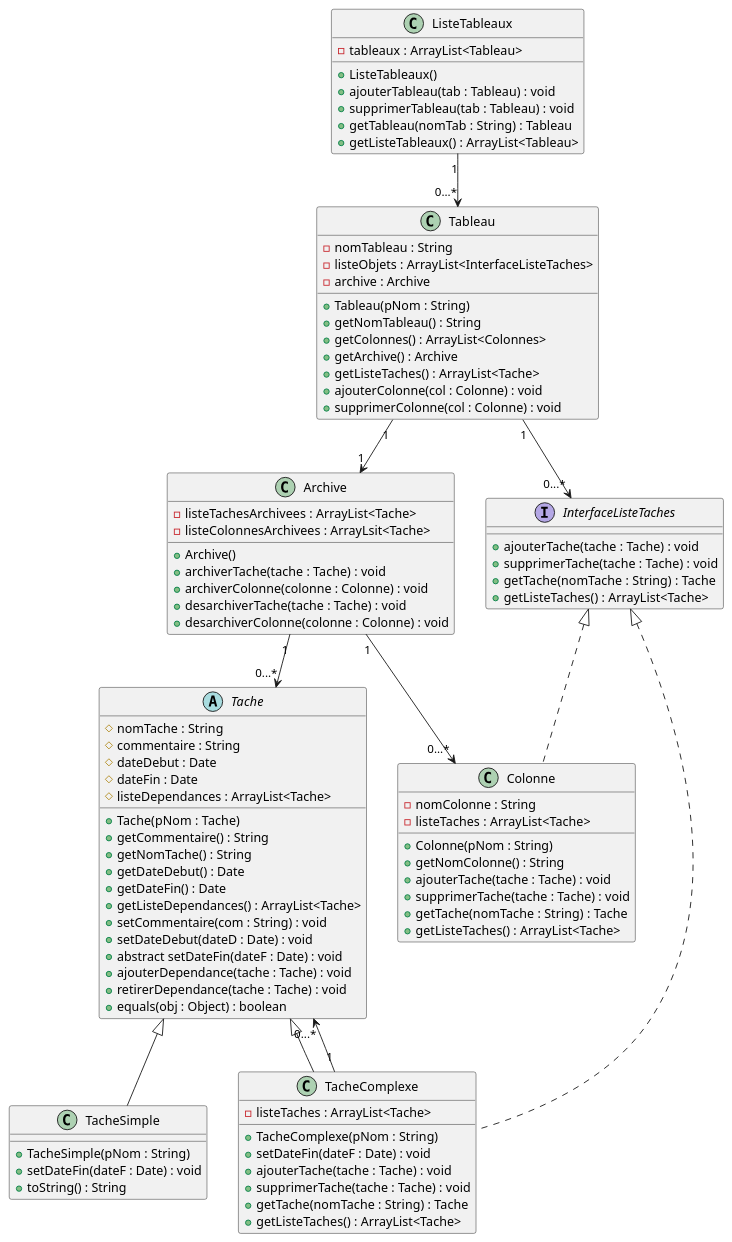
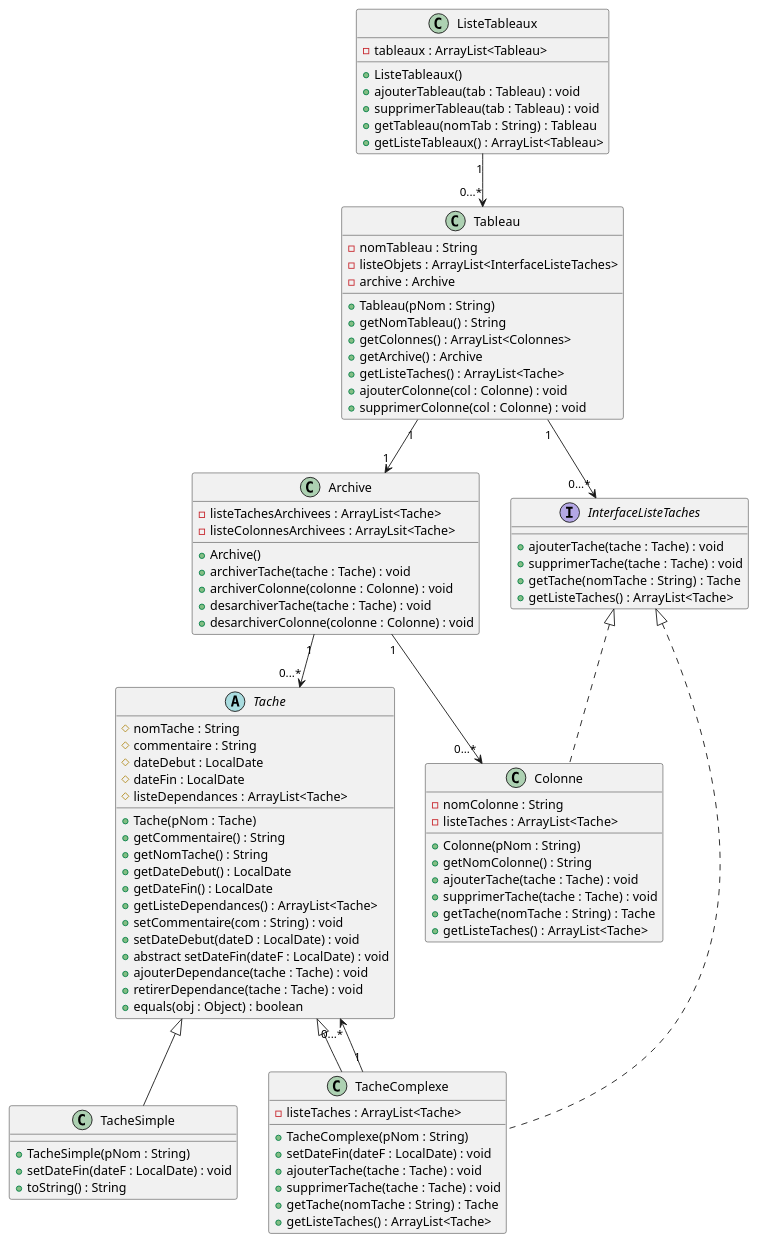
The diagram in Application_Trello/Diagrammes_PlantUML/Iteration 1 - Diagrammes Classes.puml (AxelBerret/S3D-Trello_BERRET_CHAPELLIER_DODANE_LETONDAL), drawn with PlantUML before and after one commit. The commit also changed 6 other files, not shown here.

```diff
--- a/Application_Trello/Diagrammes_PlantUML/Iteration 1 - Diagrammes Classes.puml
+++ b/Application_Trello/Diagrammes_PlantUML/Iteration 1 - Diagrammes Classes.puml
@@ -1,98 +1,98 @@
 @startuml
 'https://plantuml.com/class-diagram
 
 class Tableau {
 - nomTableau : String
 - listeObjets : ArrayList<InterfaceListeTaches>
 - archive : Archive
 + Tableau(pNom : String)
 + getNomTableau() : String
 + getColonnes() : ArrayList<Colonnes>
 + getArchive() : Archive
 + getListeTaches() : ArrayList<Tache>
 + ajouterColonne(col : Colonne) : void
 + supprimerColonne(col : Colonne) : void
 }
 
 class Archive {
 - listeTachesArchivees : ArrayList<Tache>
 - listeColonnesArchivees : ArrayLsit<Tache>
 + Archive()
 + archiverTache(tache : Tache) : void
 + archiverColonne(colonne : Colonne) : void
 + desarchiverTache(tache : Tache) : void
 + desarchiverColonne(colonne : Colonne) : void
 }
 
 class ListeTableaux {
 - tableaux : ArrayList<Tableau>
 + ListeTableaux()
 + ajouterTableau(tab : Tableau) : void
 + supprimerTableau(tab : Tableau) : void
 + getTableau(nomTab : String) : Tableau
 + getListeTableaux() : ArrayList<Tableau>
 }
 
 interface InterfaceListeTaches {
 + ajouterTache(tache : Tache) : void
 + supprimerTache(tache : Tache) : void
 + getTache(nomTache : String) : Tache
 + getListeTaches() : ArrayList<Tache>
 }
 
 class Colonne implements InterfaceListeTaches {
 - nomColonne : String
 - listeTaches : ArrayList<Tache>
 + Colonne(pNom : String)
 + getNomColonne() : String
 + ajouterTache(tache : Tache) : void
 + supprimerTache(tache : Tache) : void
 + getTache(nomTache : String) : Tache
 + getListeTaches() : ArrayList<Tache>
 }
 
 abstract class Tache {
 # nomTache : String
 # commentaire : String
-# dateDebut : Date
-# dateFin : Date
+# dateDebut : LocalDate
+# dateFin : LocalDate
 # listeDependances : ArrayList<Tache>
 + Tache(pNom : Tache)
 + getCommentaire() : String
 + getNomTache() : String
-+ getDateDebut() : Date
-+ getDateFin() : Date
++ getDateDebut() : LocalDate
++ getDateFin() : LocalDate
 + getListeDependances() : ArrayList<Tache>
 + setCommentaire(com : String) : void
-+ setDateDebut(dateD : Date) : void
-+ abstract setDateFin(dateF : Date) : void
++ setDateDebut(dateD : LocalDate) : void
++ abstract setDateFin(dateF : LocalDate) : void
 + ajouterDependance(tache : Tache) : void
 + retirerDependance(tache : Tache) : void
 + equals(obj : Object) : boolean
 }
 
 class TacheComplexe extends Tache implements InterfaceListeTaches {
 - listeTaches : ArrayList<Tache>
 + TacheComplexe(pNom : String)
-+ setDateFin(dateF : Date) : void
++ setDateFin(dateF : LocalDate) : void
 + ajouterTache(tache : Tache) : void
 + supprimerTache(tache : Tache) : void
 + getTache(nomTache : String) : Tache
 + getListeTaches() : ArrayList<Tache>
 }
 
 class TacheSimple extends Tache {
 + TacheSimple(pNom : String)
-+ setDateFin(dateF : Date) : void
++ setDateFin(dateF : LocalDate) : void
 + toString() : String
 }
 
 
 Tableau "1" --> "0...*" InterfaceListeTaches
 Tableau "1" --> "1" Archive
 Archive "1" --> "0...*" Colonne
 Archive "1" --> "0...*" Tache
 TacheComplexe "1" --> "0...*" Tache
 ListeTableaux "1" --> "0...*" Tableau
 
 @enduml
```
